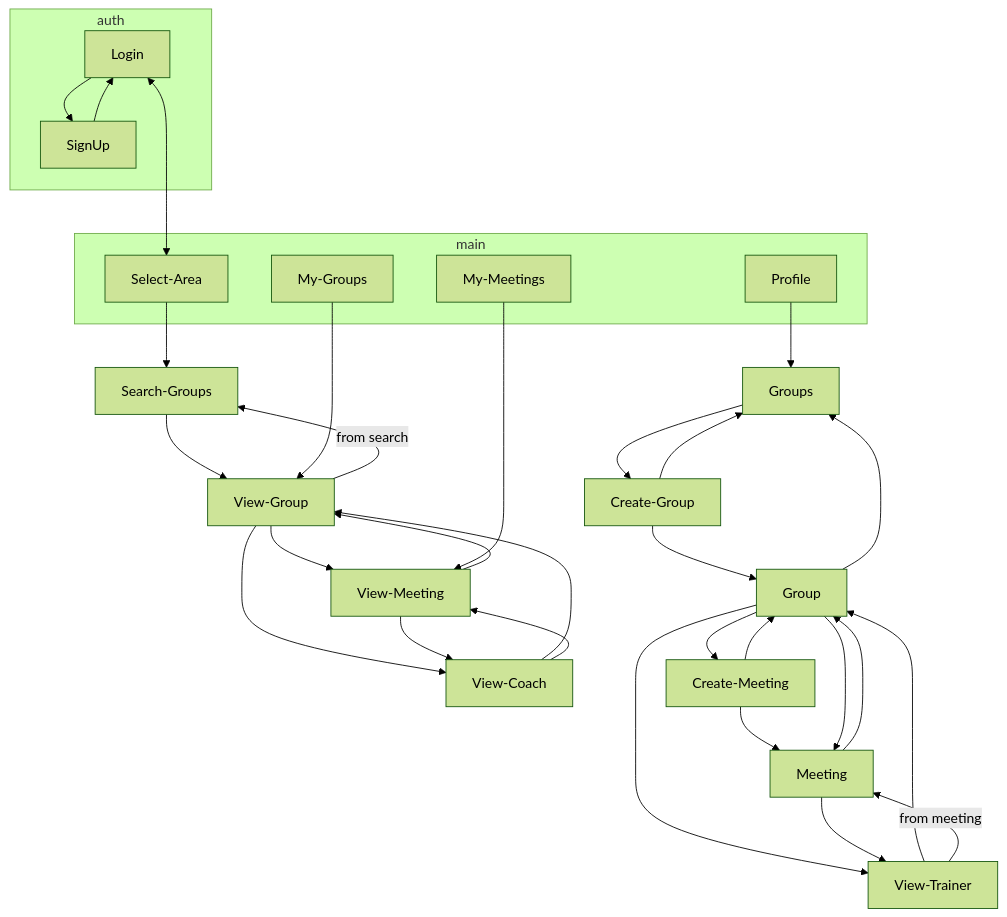
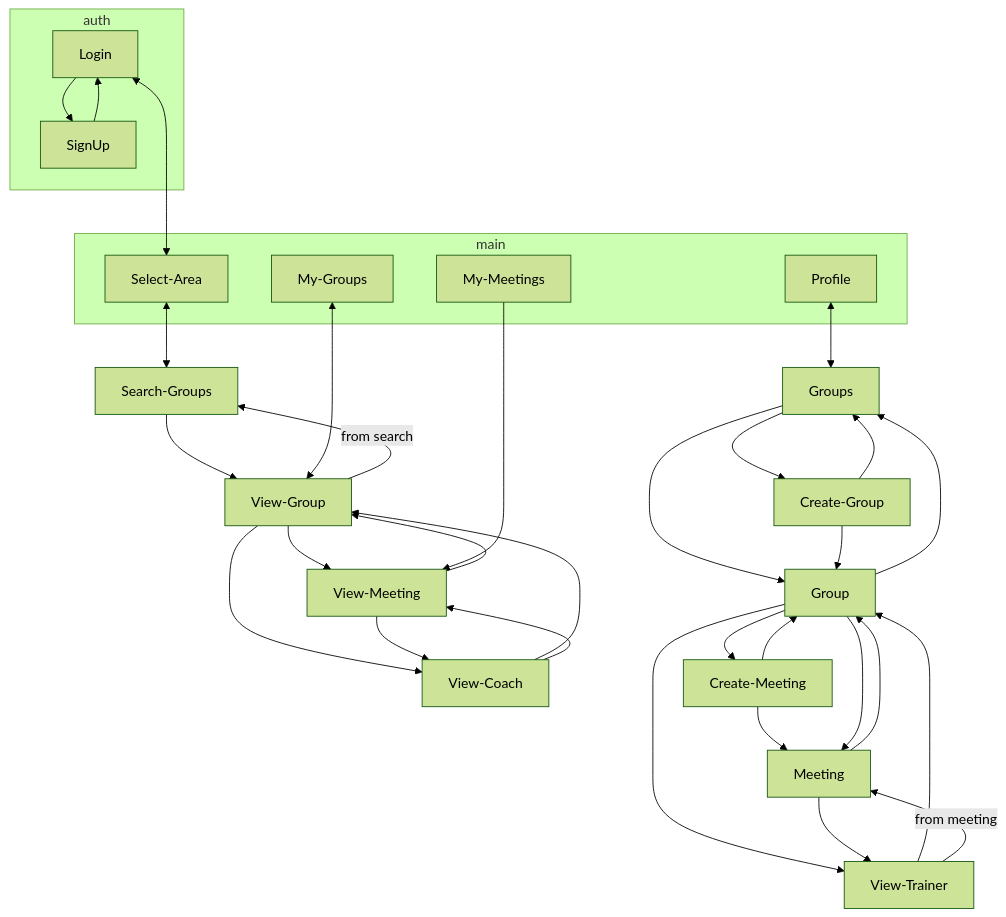
Before and after one commit to DorYanay/SoluTrain-Mobile-APP: the third of 3 diagrams in README.md, drawn with Mermaid (forest theme). The commit also changed 5 other files, not shown here.

````diff
--- a/README.md
+++ b/README.md
@@ -171,37 +171,37 @@
 ```mermaid
 flowchart TD
   subgraph auth
     Login
     SignUp
   end
   subgraph main
     Select-Area     
     My-Groups
     My-Meetings
     Profile
   end
   
   Login --> SignUp
   SignUp --> Login
   Login <---> Select-Area
   
-  Select-Area --> Search-Groups
+  Select-Area <--> Search-Groups
   Search-Groups --> View-Group
   View-Group --> View-Meeting & View-Coach
-  My-Groups --> View-Group
+  My-Groups <--> View-Group
   View-Group -->|from search| Search-Groups
   View-Meeting --> View-Group & View-Coach
   View-Coach --> View-Group & View-Meeting
   My-Meetings --> View-Meeting
   
-  Profile --> Groups
-  Groups --> Create-Group
+  Profile <--> Groups
+  Groups --> Create-Group & Group
   Create-Group --> Group & Groups
   Group --> Groups
   Group --> Create-Meeting
   Create-Meeting --> Meeting & Group
   Group --> Meeting & View-Trainer
   Meeting --> View-Trainer & Group
   View-Trainer --> Group
   View-Trainer -->|from meeting| Meeting
 ```
````
